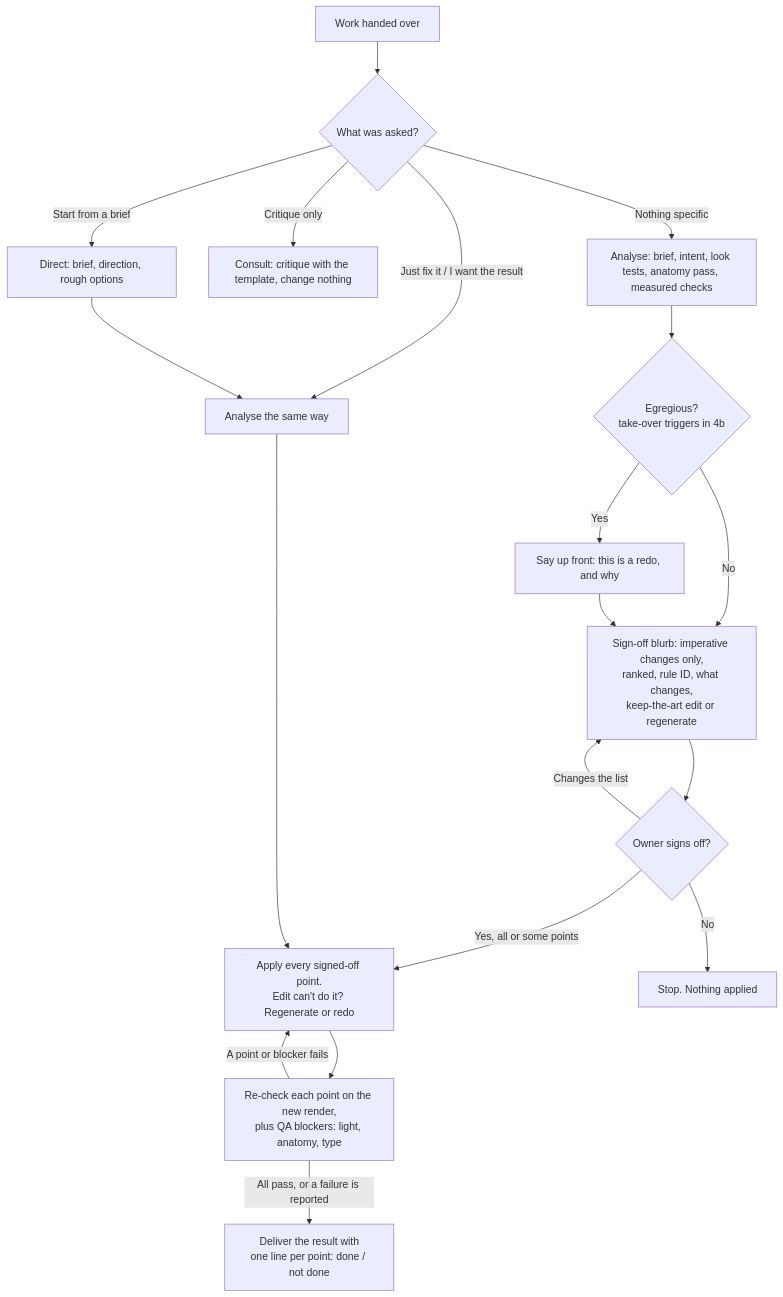
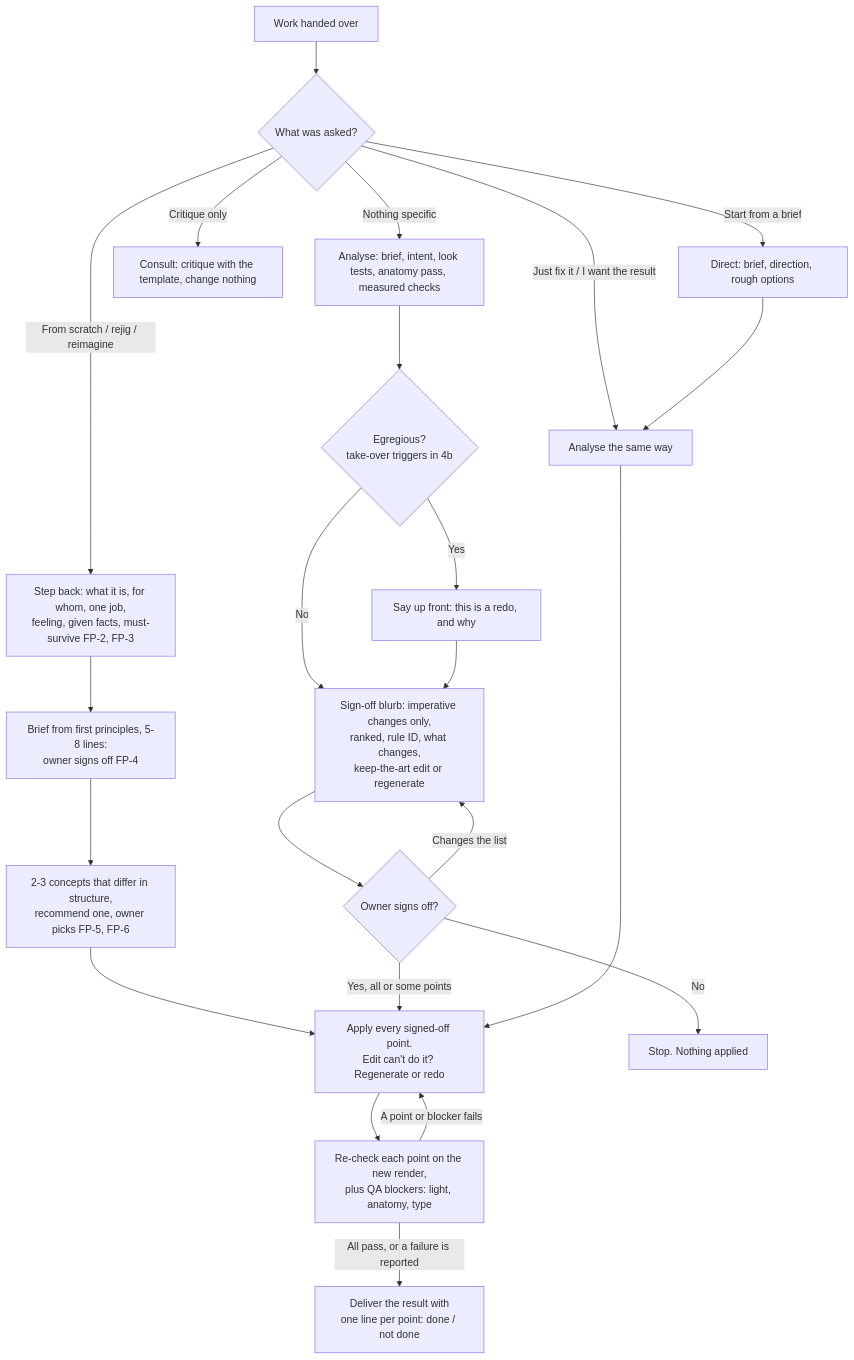
Before and after one commit to SnazzyGaz/creative-director: the diagram in core/interaction-flow.md, drawn with Mermaid. The commit also changed other lines of this file and 27 other files, not shown here.

Commit message:
v0.4.2: first-principles remake mode (FP-1..8), official marks rule (BRAND-4, BRAND-8), worked example

````diff
--- a/core/interaction-flow.md
+++ b/core/interaction-flow.md
@@ -28,21 +29,25 @@
 ```mermaid
 flowchart TD
     A[Work handed over] --> B{What was asked?}
     B -->|Nothing specific| C[Analyse: brief, intent, look tests, anatomy pass, measured checks]
     B -->|Just fix it / I want the result| C2[Analyse the same way]
     B -->|Critique only| K[Consult: critique with the template, change nothing]
     B -->|Start from a brief| D[Direct: brief, direction, rough options]
+    B -->|From scratch / rejig / reimagine| P[Step back: what it is, for whom, one job,<br>feeling, given facts, must-survive FP-2, FP-3]
+    P --> P1[Brief from first principles, 5-8 lines:<br>owner signs off FP-4]
+    P1 --> P2[2-3 concepts that differ in structure,<br>recommend one, owner picks FP-5, FP-6]
+    P2 --> H
     D --> C2
     C --> E{Egregious?<br>take-over triggers in 4b}
     E -->|Yes| E1[Say up front: this is a redo, and why]
     E -->|No| F
     E1 --> F[Sign-off blurb: imperative changes only,<br>ranked, rule ID, what changes,<br>keep-the-art edit or regenerate]
     F --> G{Owner signs off?}
     G -->|Yes, all or some points| H
     G -->|Changes the list| F
     G -->|No| Z[Stop. Nothing applied]
     C2 --> H[Apply every signed-off point.<br>Edit can't do it? Regenerate or redo]
     H --> I[Re-check each point on the new render,<br>plus QA blockers: light, anatomy, type]
     I -->|A point or blocker fails| H
     I -->|All pass, or a failure is reported| J[Deliver the result with<br>one line per point: done / not done]
 ```
````
